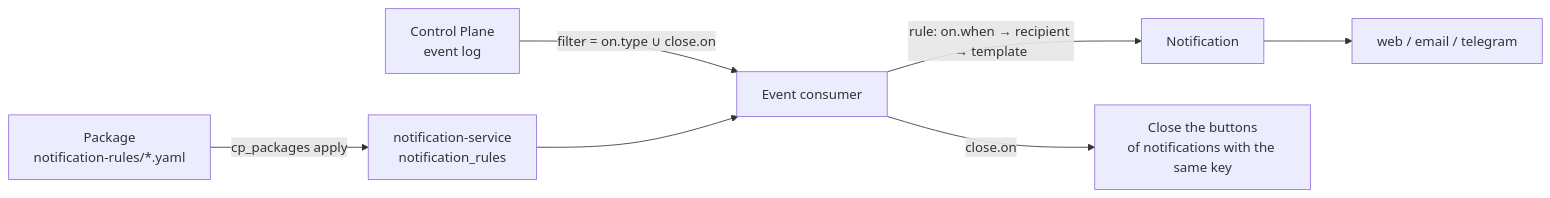
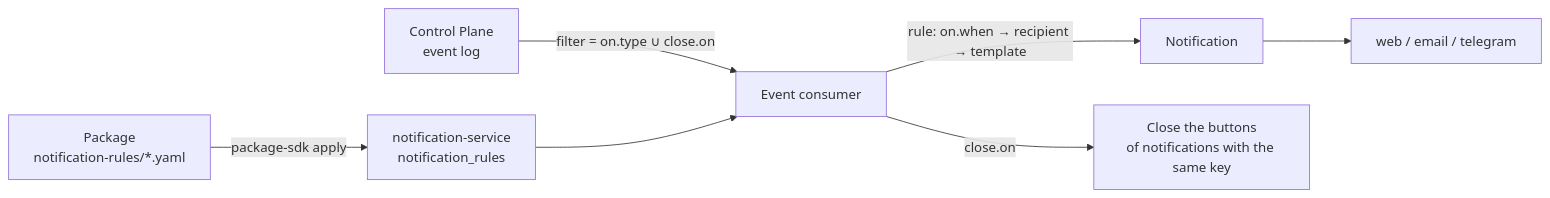
The diagram in guide/docs/notifications/notification-rules.md (monthu56/taimen), drawn with Mermaid before and after one commit. The commit also changed other lines of this file and 112 other files, not shown here.

First line of the commit message:
guide: regenerated for the package SDK

````diff
--- a/guide/docs/notifications/notification-rules.md
+++ b/guide/docs/notifications/notification-rules.md
@@ -18,9 +18,9 @@
 ```mermaid
 flowchart LR
-    P["Package<br/>notification-rules/*.yaml"] -->|cp_packages apply| NS["notification-service<br/>notification_rules"]
+    P["Package<br/>notification-rules/*.yaml"] -->|package-sdk apply| NS["notification-service<br/>notification_rules"]
     CP["Control Plane<br/>event log"] -->|"filter = on.type ∪ close.on"| C["Event consumer"]
     NS --> C
     C -->|"rule: on.when → recipient → template"| N["Notification"]
     N --> W["web / email / telegram"]
     C -->|"close.on"| X["Close the buttons<br/>of notifications with the same key"]
 ```
````
